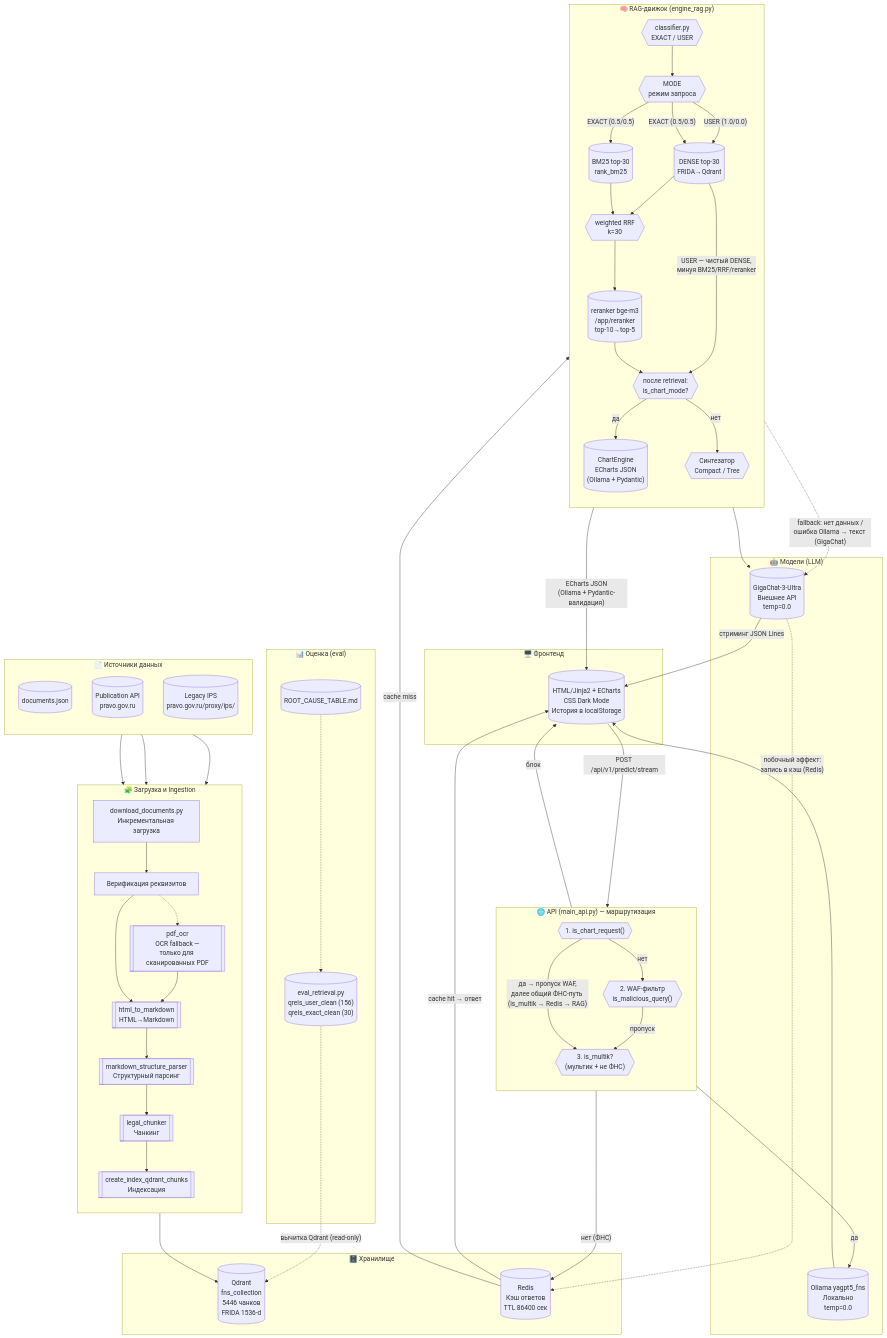
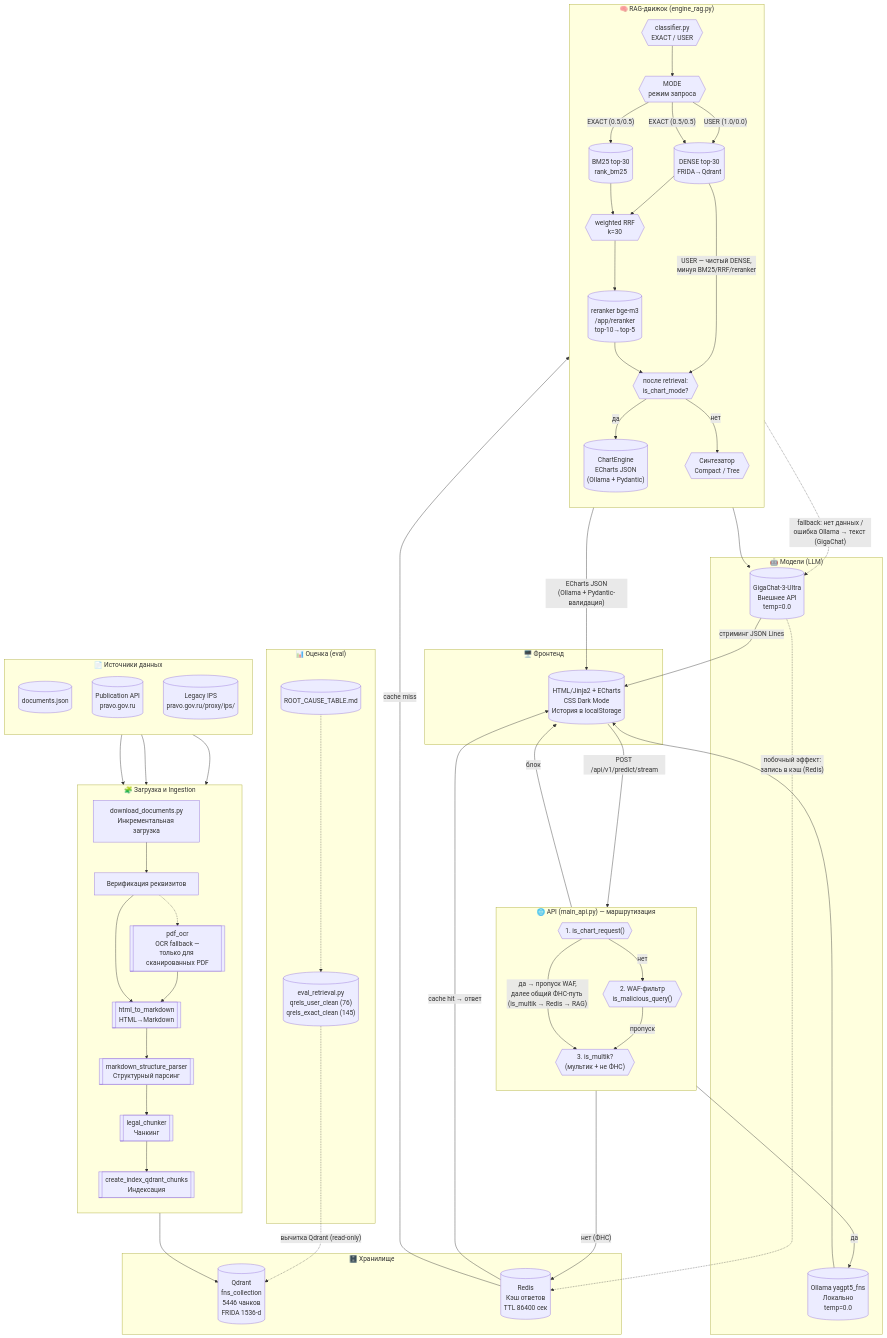
One commit to buba1477/multik_bot changed the diagram in docs/architecture_for_gnivc.md. Above: the diagram before and after it, drawn with Mermaid. The commit also changed other lines of this file and 3 other files, not shown here.

Commit message:
docs: sync README and docs with final metrics (76 USER / 145 EXACT), archive outdated RAG_EVAL_SUMMARY_2026

```diff
--- a/docs/architecture_for_gnivc.md
+++ b/docs/architecture_for_gnivc.md
@@ -70,7 +70,7 @@
     end
 
     subgraph "📊 Оценка (eval)"
-        EVAL[("eval_retrieval.py<br>qrels_user_clean (156)<br>qrels_exact_clean (30)")]
+        EVAL[("eval_retrieval.py<br>qrels_user_clean (76)<br>qrels_exact_clean (145)")]
         ROOT[("ROOT_CAUSE_TABLE.md")]
     end
 
```
